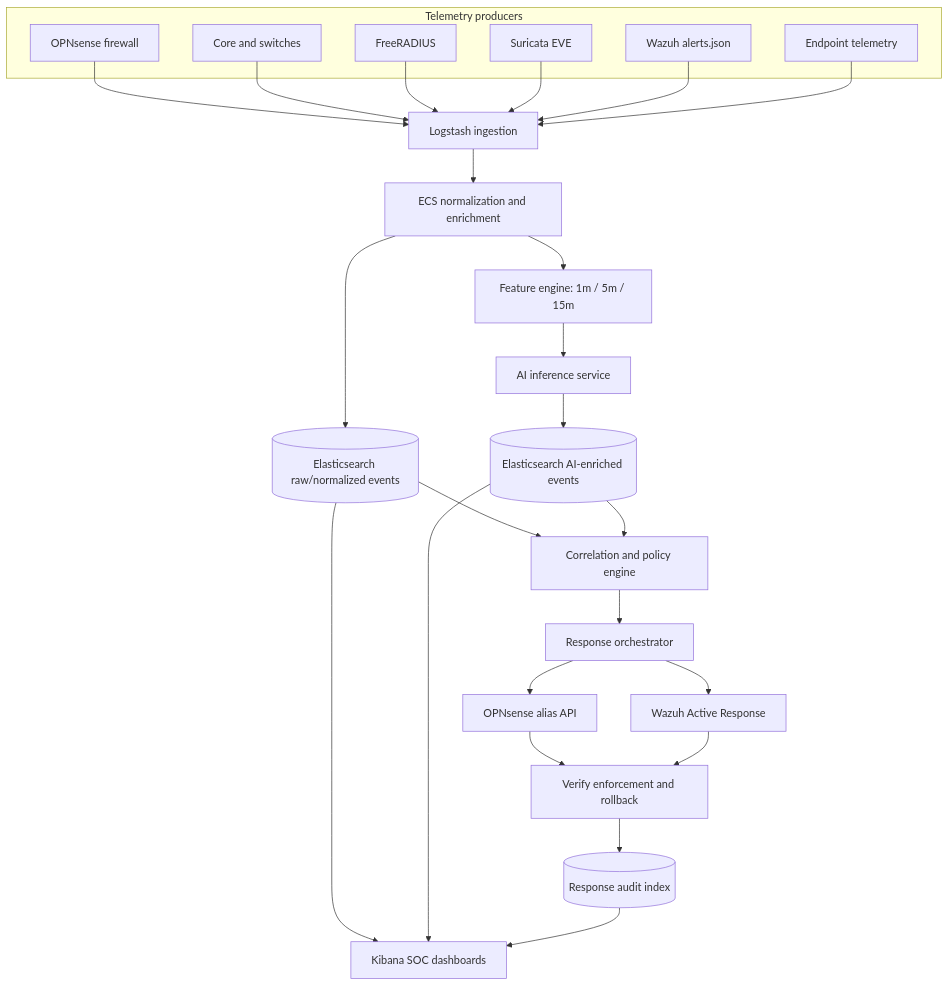
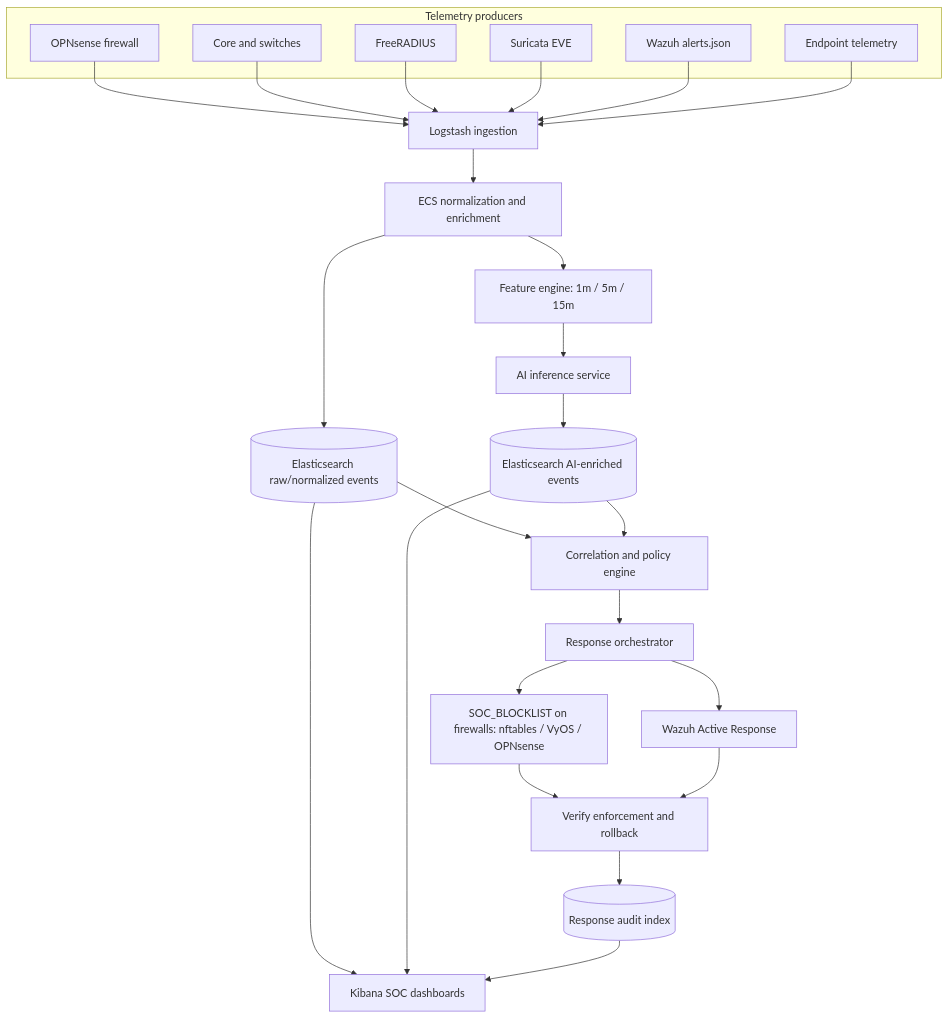
One commit to ahpxna/enterprise-netsec-iac changed the diagram in docs/SOC-AI-ARCHITECTURE.md. Above: the diagram before and after it, drawn with Mermaid. The commit also changed other lines of this file and 27 other files, not shown here.

````diff
--- a/docs/SOC-AI-ARCHITECTURE.md
+++ b/docs/SOC-AI-ARCHITECTURE.md
@@ -22,28 +26,28 @@
 ```mermaid
 flowchart TB
   subgraph Producers[Telemetry producers]
     OP[OPNsense firewall]
     NW[Core and switches]
     RA[FreeRADIUS]
     SU[Suricata EVE]
     WA[Wazuh alerts.json]
     EP[Endpoint telemetry]
   end
 
   OP & NW & RA & SU & WA & EP --> LS[Logstash ingestion]
   LS --> ECS[ECS normalization and enrichment]
   ECS --> RAW[(Elasticsearch raw/normalized events)]
   ECS --> FE[Feature engine: 1m / 5m / 15m]
   FE --> AI[AI inference service]
   AI --> ENR[(Elasticsearch AI-enriched events)]
   RAW --> KB[Kibana SOC dashboards]
   ENR --> KB
   RAW --> COR[Correlation and policy engine]
   ENR --> COR
   COR --> ORCH[Response orchestrator]
-  ORCH --> OPA[OPNsense alias API]
+  ORCH --> OPA[SOC_BLOCKLIST on firewalls: nftables / VyOS / OPNsense]
   ORCH --> WRA[Wazuh Active Response]
   OPA & WRA --> VERIFY[Verify enforcement and rollback]
   VERIFY --> AUD[(Response audit index)]
   AUD --> KB
 ```
````
